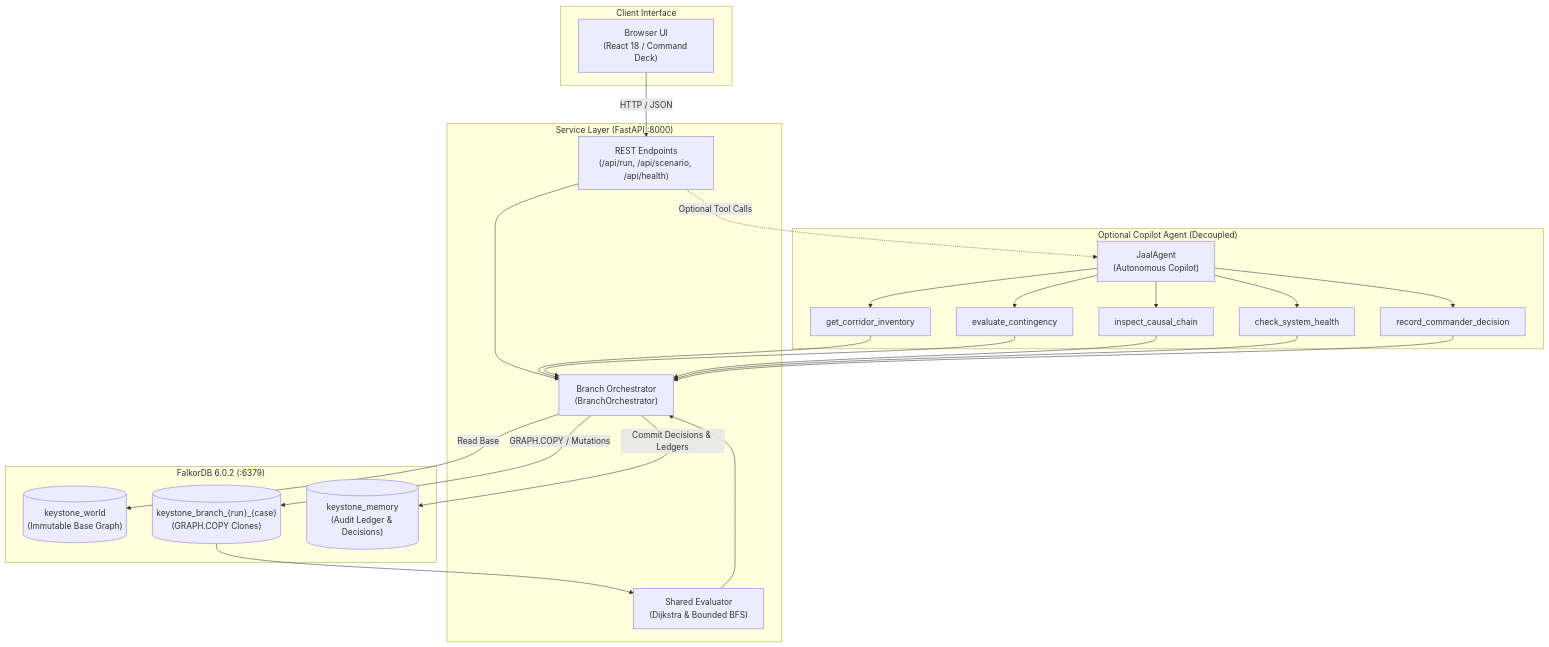
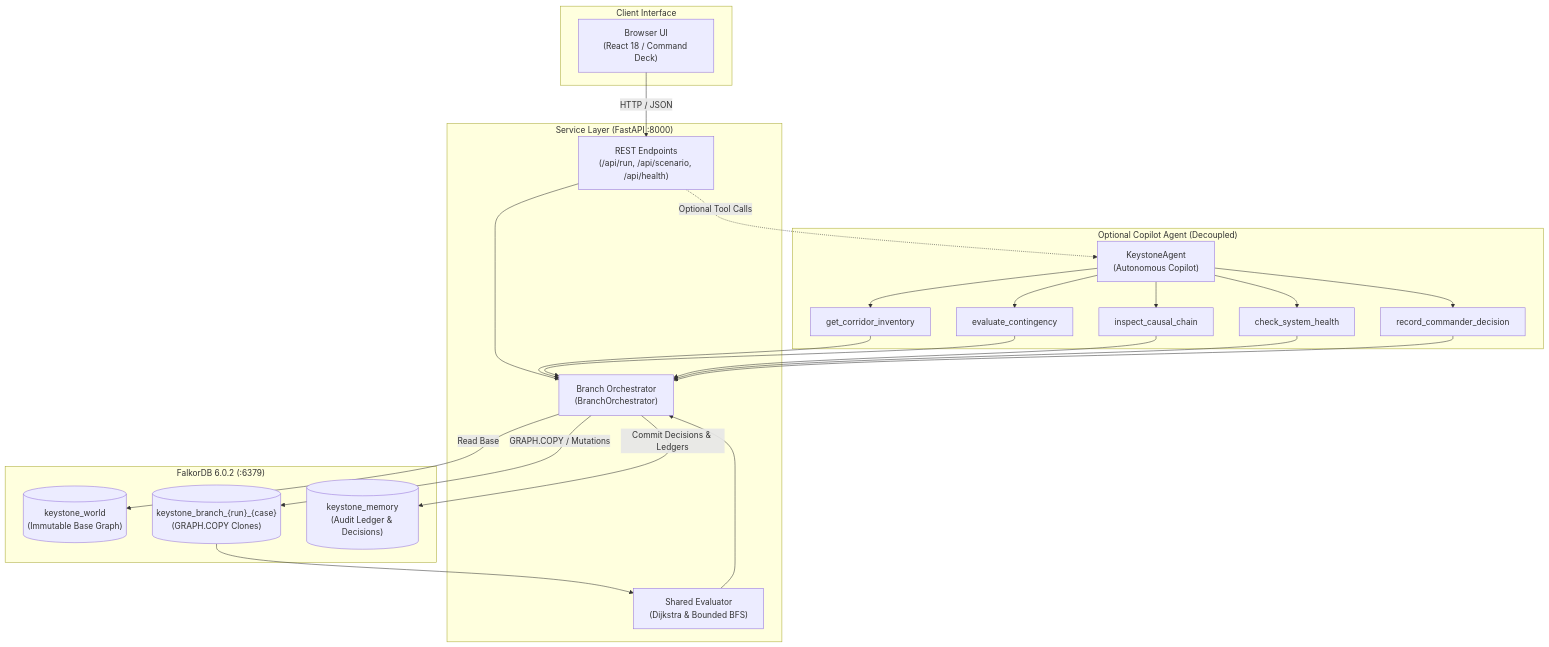
Before and after one commit to devprashant19/Keystone: the first of 2 diagrams in README.md, drawn with Mermaid.

Commit message:
docs: align project naming to Keystone across pyproject, package-lock, and architecture diagram (README.md)

````diff
--- a/README.md
+++ b/README.md
@@ -22,38 +22,38 @@
 ```mermaid
 flowchart TD
     subgraph Client["Client Interface"]
         UI["Browser UI<br/>(React 18 / Command Deck)"]
     end
 
     subgraph API["Service Layer (FastAPI :8000)"]
         Endpoints["REST Endpoints<br/>(/api/run, /api/scenario, /api/health)"]
         Orchestrator["Branch Orchestrator<br/>(BranchOrchestrator)"]
         Evaluator["Shared Evaluator<br/>(Dijkstra & Bounded BFS)"]
     end
 
     subgraph AgentBranch["Optional Copilot Agent (Decoupled)"]
-        Agent["JaalAgent<br/>(Autonomous Copilot)"]
+        Agent["KeystoneAgent<br/>(Autonomous Copilot)"]
         T1["get_corridor_inventory"]
         T2["evaluate_contingency"]
         T3["inspect_causal_chain"]
         T4["check_system_health"]
         T5["record_commander_decision"]
         Agent --> T1 & T2 & T3 & T4 & T5
     end
 
     subgraph Database["FalkorDB 6.0.2 (:6379)"]
         World[("keystone_world<br/>(Immutable Base Graph)")]
         Branches[("keystone_branch_{run}_{case}<br/>(GRAPH.COPY Clones)")]
         Memory[("keystone_memory<br/>(Audit Ledger & Decisions)")]
     end
 
     UI -->|HTTP / JSON| Endpoints
     Endpoints --> Orchestrator
     Endpoints -.->|Optional Tool Calls| Agent
     T1 & T2 & T3 & T4 & T5 --> Orchestrator
     Orchestrator -->|Read Base| World
     Orchestrator -->|GRAPH.COPY / Mutations| Branches
     Branches --> Evaluator
     Evaluator --> Orchestrator
     Orchestrator -->|Commit Decisions & Ledgers| Memory
 ```
````
